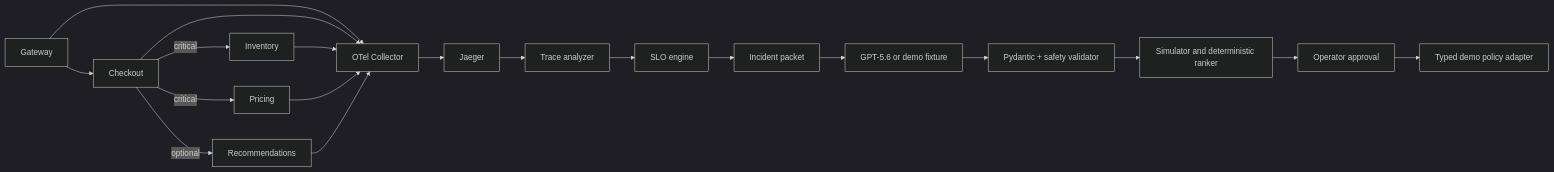
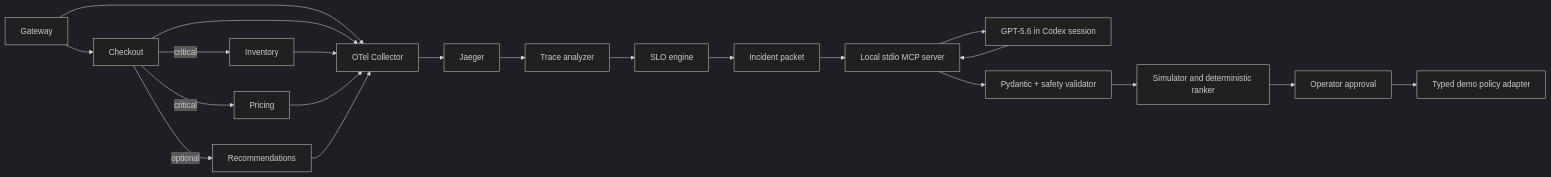
Before and after one commit to divya0702/slo-guardian: the diagram in docs/architecture.md, drawn with Mermaid (dark theme). The commit also changed other lines of this file and 42 other files, not shown here.

````diff
--- a/docs/architecture.md
+++ b/docs/architecture.md
@@ -5,17 +5,19 @@
 ```mermaid
 flowchart LR
   G[Gateway] --> C[Checkout]
   C -->|critical| I[Inventory]
   C -->|critical| P[Pricing]
   C -->|optional| R[Recommendations]
   G & C & I & P & R --> O[OTel Collector]
   O --> J[Jaeger]
   J --> T[Trace analyzer]
   T --> S[SLO engine]
   S --> A[Incident packet]
-  A --> L[GPT-5.6 or demo fixture]
-  L --> V[Pydantic + safety validator]
+  A --> M[Local stdio MCP server]
+  M --> L[GPT-5.6 in Codex session]
+  L --> M
+  M --> V[Pydantic + safety validator]
   V --> X[Simulator and deterministic ranker]
   X --> H[Operator approval]
   H --> E[Typed demo policy adapter]
 ```
````
